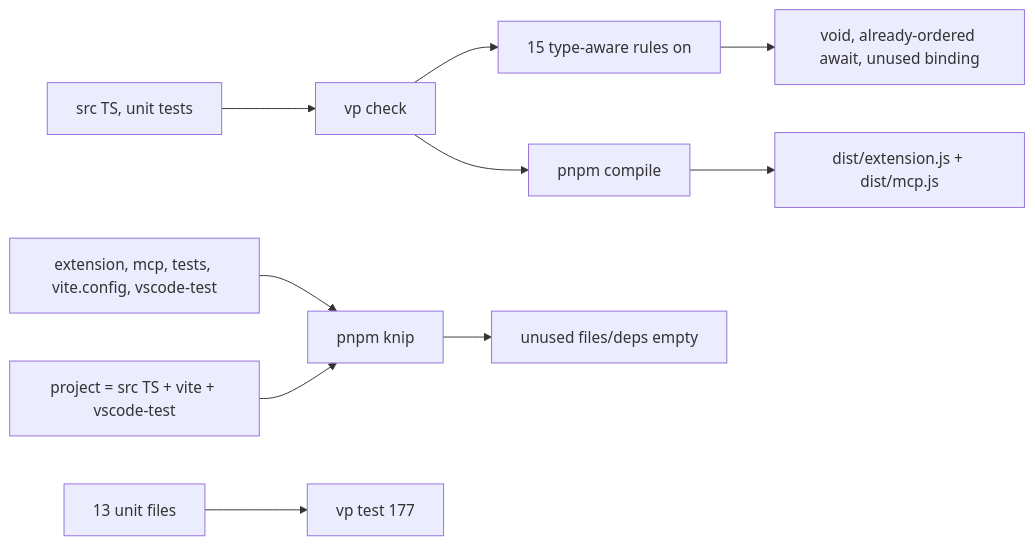
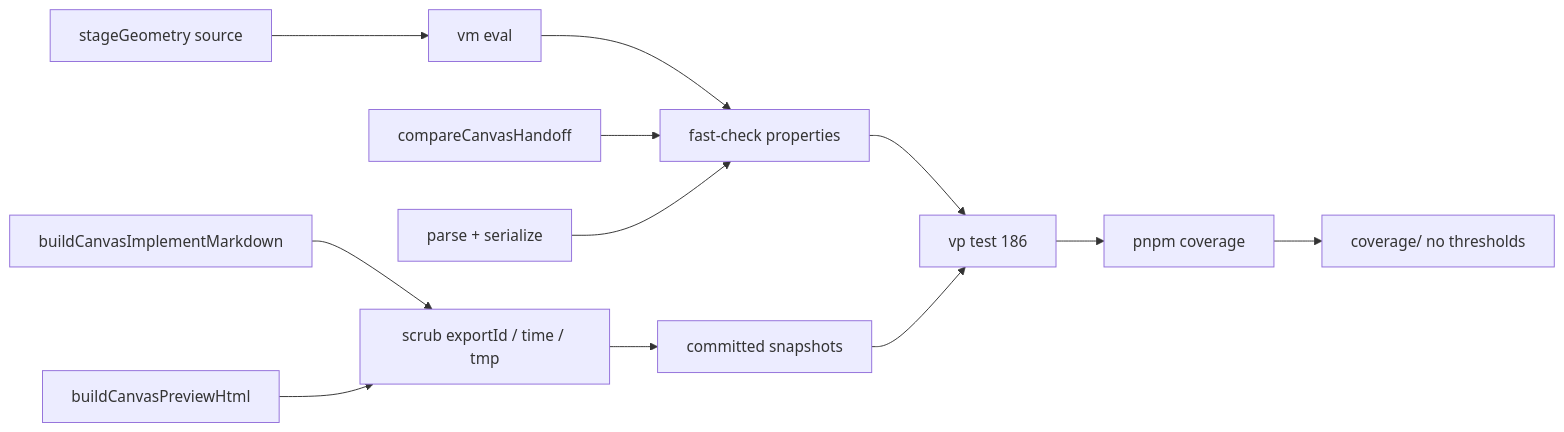
The first of 2 diagrams in blueprint/context/current-feature-overview.md (MarekBombera/cursor-design-extension), drawn with Mermaid before and after one commit. The commit also changed other lines of this file and 15 other files, not shown here.

First line of the commit message:
feat: add fast-check properties, snapshots, and coverage

````diff
--- a/blueprint/context/current-feature-overview.md
+++ b/blueprint/context/current-feature-overview.md
@@ -18,12 +18,14 @@
 ```mermaid
 flowchart LR
-  SRC["src TS, unit tests"] --> VP["vp check"]
-  VP --> RULES["15 type-aware rules on"]
-  RULES --> PURE["void, already-ordered await, unused binding"]
-  ENTRIES["extension, mcp, tests, vite.config, vscode-test"] --> KNIP["pnpm knip"]
-  PROJECT["project = src TS + vite + vscode-test"] --> KNIP
-  KNIP --> CLEAN["unused files/deps empty"]
-  VP --> COMPILE["pnpm compile"]
-  COMPILE --> DIST["dist/extension.js + dist/mcp.js"]
-  UNITS["13 unit files"] --> TEST["vp test 177"]
+  GEO["stageGeometry source"] --> VM["vm eval"]
+  VM --> FC["fast-check properties"]
+  STALE["compareCanvasHandoff"] --> FC
+  ZOD["parse + serialize"] --> FC
+  MD["buildCanvasImplementMarkdown"] --> SCRUB["scrub exportId / time / tmp"]
+  HTML["buildCanvasPreviewHtml"] --> SCRUB
+  SCRUB --> SNAP["committed snapshots"]
+  FC --> TEST["vp test 186"]
+  SNAP --> TEST
+  TEST --> COV["pnpm coverage"]
+  COV --> REPORT["coverage/ no thresholds"]
 ```
````
